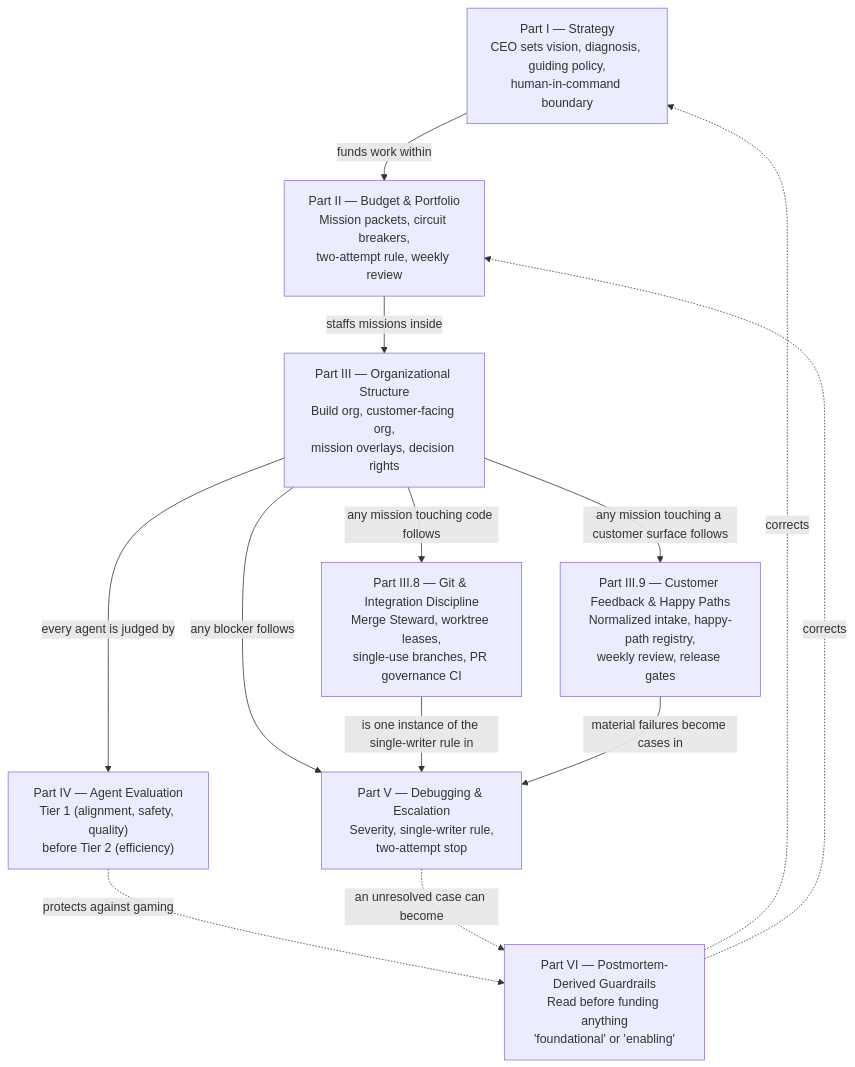
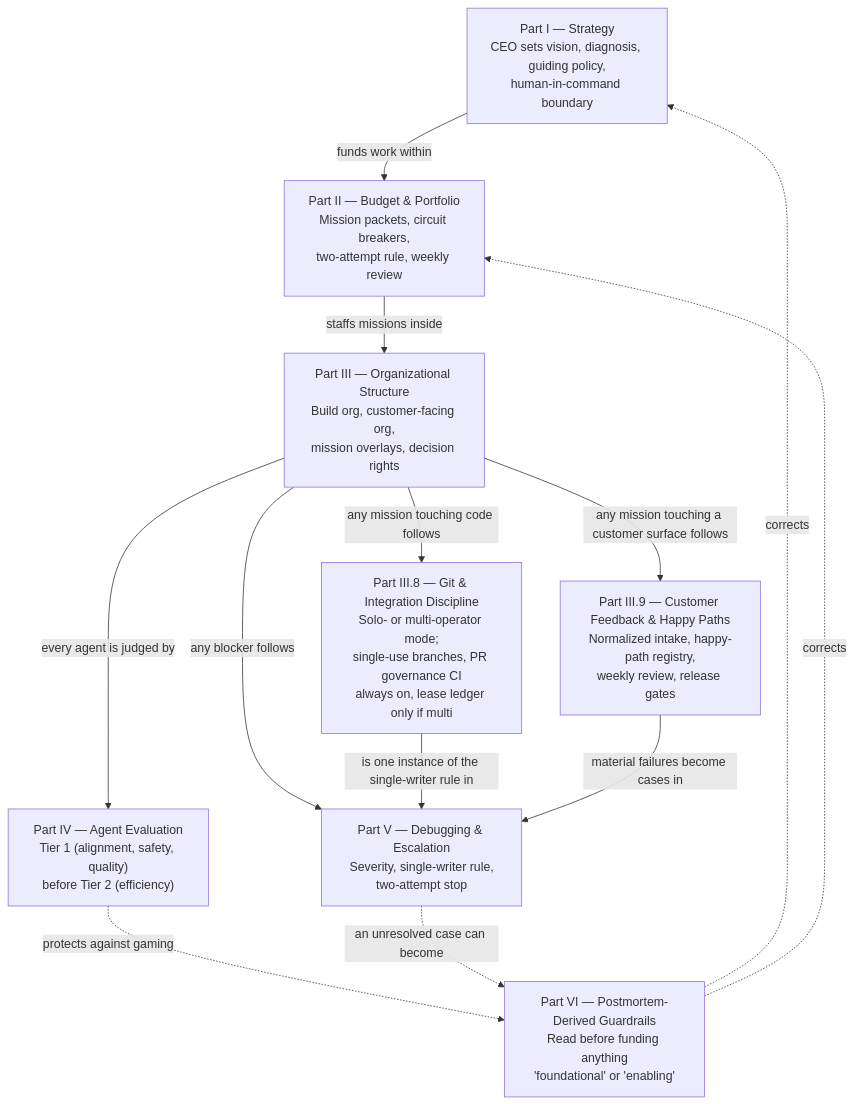
One commit to irl-labs-us/agentic-org-framework changed the diagram in README.md. Above: the diagram before and after it, drawn with Mermaid. The commit also changed other lines of this file, not shown here.

First line of the commit message:
Reflect solo-operator mode in README diagram and prose

````diff
--- a/README.md
+++ b/README.md
@@ -19,24 +19,24 @@
 ```mermaid
 flowchart TB
     STRATEGY["Part I — Strategy<br/>CEO sets vision, diagnosis, guiding policy,<br/>human-in-command boundary"]
     BUDGET["Part II — Budget & Portfolio<br/>Mission packets, circuit breakers,<br/>two-attempt rule, weekly review"]
     ORG["Part III — Organizational Structure<br/>Build org, customer-facing org,<br/>mission overlays, decision rights"]
-    GIT["Part III.8 — Git & Integration Discipline<br/>Merge Steward, worktree leases,<br/>single-use branches, PR governance CI"]
+    GIT["Part III.8 — Git & Integration Discipline<br/>Solo- or multi-operator mode;<br/>single-use branches, PR governance CI<br/>always on, lease ledger only if multi"]
     FEEDBACK["Part III.9 — Customer Feedback & Happy Paths<br/>Normalized intake, happy-path registry,<br/>weekly review, release gates"]
     EVAL["Part IV — Agent Evaluation<br/>Tier 1 (alignment, safety, quality)<br/>before Tier 2 (efficiency)"]
     DEBUG["Part V — Debugging & Escalation<br/>Severity, single-writer rule,<br/>two-attempt stop"]
     GUARDRAILS["Part VI — Postmortem-Derived Guardrails<br/>Read before funding anything<br/>'foundational' or 'enabling'"]
 
     STRATEGY -->|"funds work within"| BUDGET
     BUDGET -->|"staffs missions inside"| ORG
     ORG -->|"any mission touching code follows"| GIT
     ORG -->|"any mission touching a customer surface follows"| FEEDBACK
     ORG -->|"every agent is judged by"| EVAL
     ORG -->|"any blocker follows"| DEBUG
     GIT -->|"is one instance of the single-writer rule in"| DEBUG
     FEEDBACK -->|"material failures become cases in"| DEBUG
     EVAL -.->|"protects against gaming"| GUARDRAILS
     DEBUG -.->|"an unresolved case can become"| GUARDRAILS
     GUARDRAILS -.->|"corrects"| STRATEGY
     GUARDRAILS -.->|"corrects"| BUDGET
 ```
````
